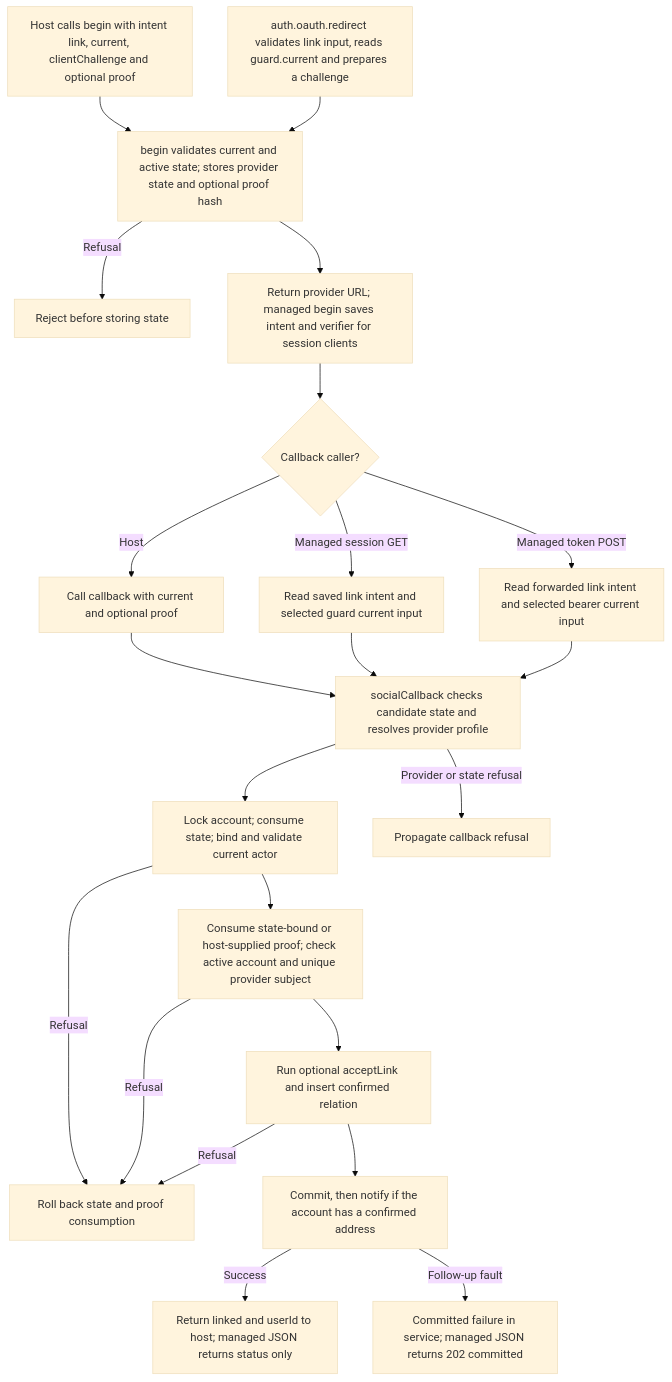
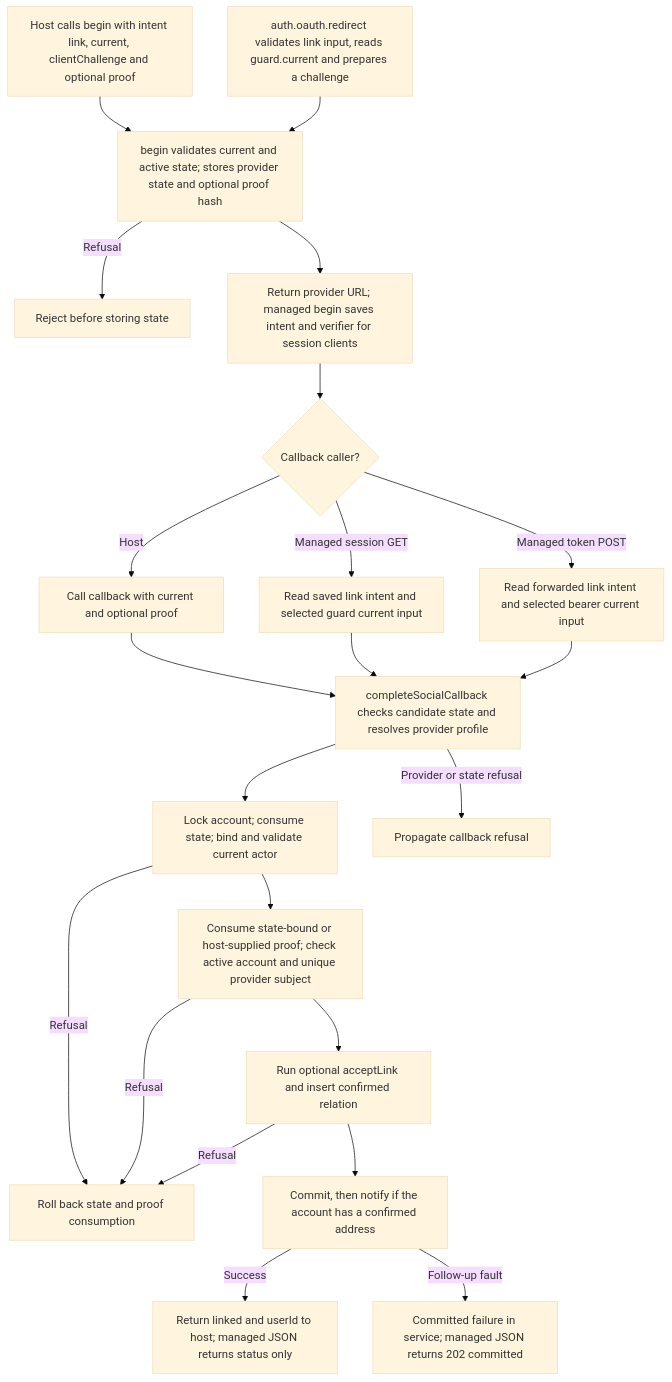
The second of 2 diagrams in user-stories/US-ACCOUNT-21-link-social-identity.md (Kevinjohn/oss-adonisjs-account-kit), drawn with Mermaid (base theme) before and after one commit. The commit also changed 29 other files, not shown here.

````diff
--- a/user-stories/US-ACCOUNT-21-link-social-identity.md
+++ b/user-stories/US-ACCOUNT-21-link-social-identity.md
@@ -38,24 +38,24 @@
 ```mermaid
 flowchart TD
  A["Host calls begin with intent link, current, clientChallenge and optional proof"] --> C
  M["auth.oauth.redirect validates link input, reads guard.current and prepares a challenge"] --> C
  C["begin validates current and active state; stores provider state and optional proof hash"] -->|Refusal| E["Reject before storing state"]
  C --> U["Return provider URL; managed begin saves intent and verifier for session clients"]
  U --> S{"Callback caller?"}
  S -->|Host| H["Call callback with current and optional proof"]
  S -->|Managed session GET| MG["Read saved link intent and selected guard current input"]
  S -->|Managed token POST| MT["Read forwarded link intent and selected bearer current input"]
  H --> B
  MG --> B
  MT --> B
- B["socialCallback checks candidate state and resolves provider profile"] --> T["Lock account; consume state; bind and validate current actor"]
+ B["completeSocialCallback checks candidate state and resolves provider profile"] --> T["Lock account; consume state; bind and validate current actor"]
  T --> P["Consume state-bound or host-supplied proof; check active account and unique provider subject"]
  P --> L["Run optional acceptLink and insert confirmed relation"]
  B -->|Provider or state refusal| X["Propagate callback refusal"]
  T -->|Refusal| R["Roll back state and proof consumption"]
  P -->|Refusal| R
  L -->|Refusal| R
  L --> F["Commit, then notify if the account has a confirmed address"]
  F -->|Success| O["Return linked and userId to host; managed JSON returns status only"]
  F -->|Follow-up fault| Y["Committed failure in service; managed JSON returns 202 committed"]
 ```
````
